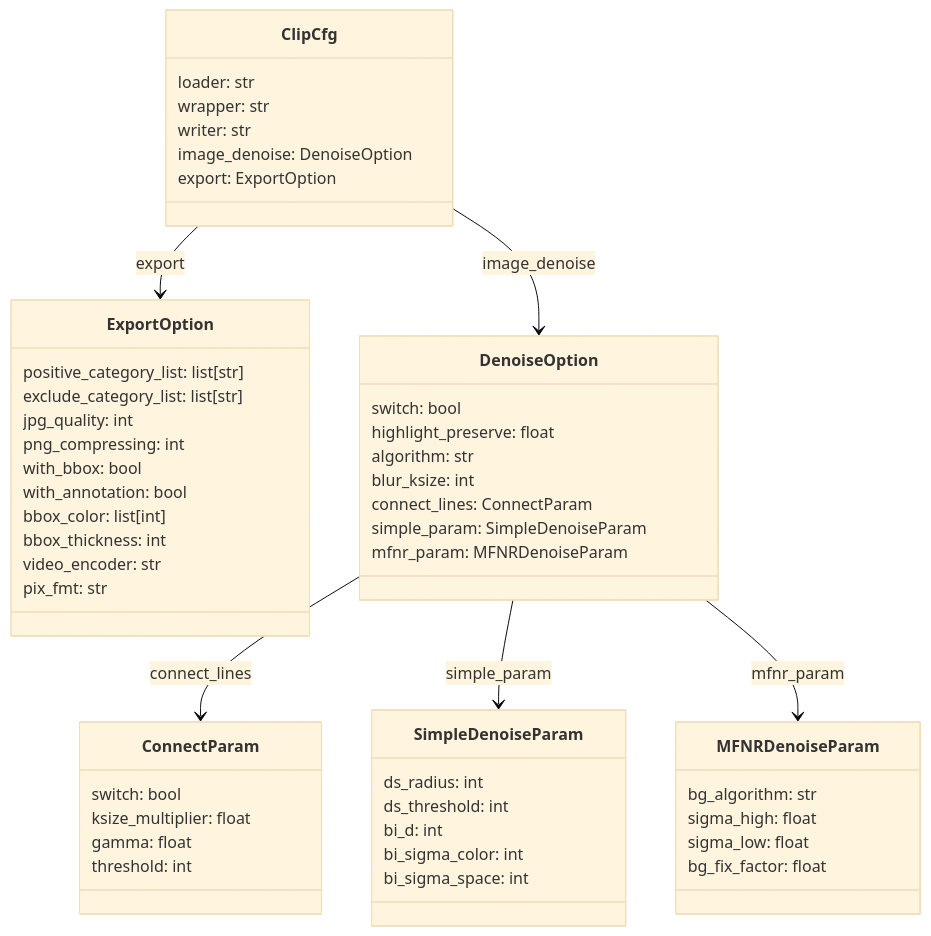
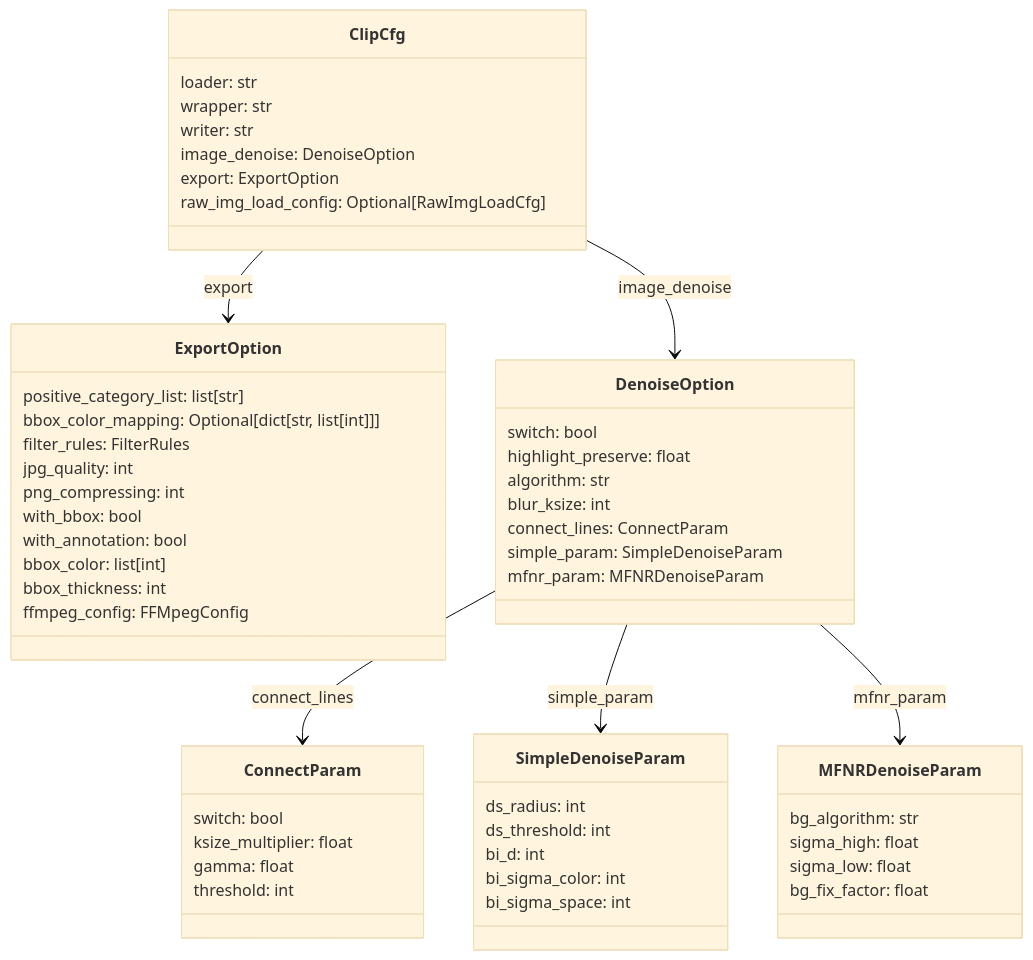
The second of 2 diagrams in docs/config-doc.md (LilacMeteorObservatory/MetDetPy), drawn with Mermaid (base theme) before and after one commit. The commit also changed other lines of this file and 5 other files, not shown here.

````diff
--- a/docs/config-doc.md
+++ b/docs/config-doc.md
@@ -455,62 +449,63 @@
 ```mermaid
 classDiagram
 
 class ExportOption {
     positive_category_list: list[str]
-    exclude_category_list: list[str]
+    bbox_color_mapping: Optional[dict[str, list[int]]]
+    filter_rules: FilterRules
     jpg_quality: int
     png_compressing: int
     with_bbox: bool
     with_annotation: bool
     bbox_color: list[int]
     bbox_thickness: int
-    video_encoder: str
-    pix_fmt: str
+    ffmpeg_config: FFMpegConfig
 }
 
 class ConnectParam {
     switch: bool
     ksize_multiplier: float
     gamma: float
     threshold: int
 }
 
 class SimpleDenoiseParam {
     ds_radius: int
     ds_threshold: int
     bi_d: int
     bi_sigma_color: int
     bi_sigma_space: int
 }
 
 class MFNRDenoiseParam {
     bg_algorithm: str
     sigma_high: float
     sigma_low: float
     bg_fix_factor: float
 }
 
 class DenoiseOption {
     switch: bool
     highlight_preserve: float
     algorithm: str
     blur_ksize: int
     connect_lines: ConnectParam
     simple_param: SimpleDenoiseParam
     mfnr_param: MFNRDenoiseParam
 }
 
 class ClipCfg {
     loader: str
     wrapper: str
     writer: str
     image_denoise: DenoiseOption
     export: ExportOption
+    raw_img_load_config: Optional[RawImgLoadCfg]
 }
 
 ClipCfg --> DenoiseOption : image_denoise
 ClipCfg --> ExportOption : export
 DenoiseOption --> ConnectParam : connect_lines
 DenoiseOption --> SimpleDenoiseParam : simple_param
 DenoiseOption --> MFNRDenoiseParam : mfnr_param
 ```
````
